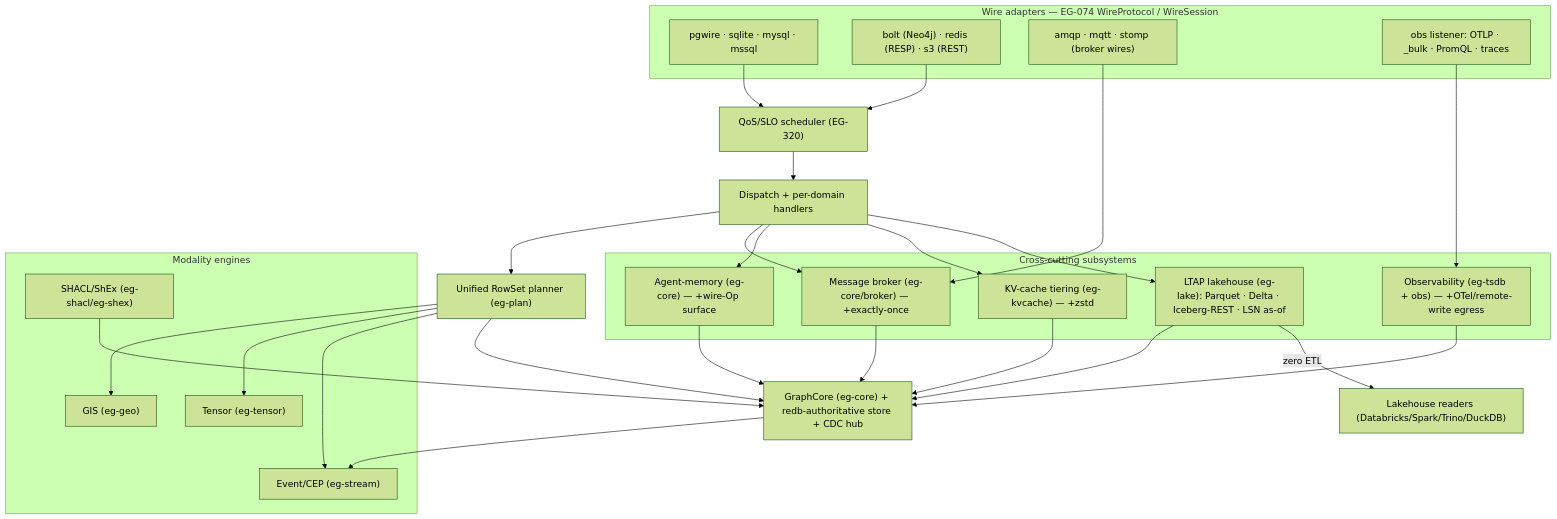
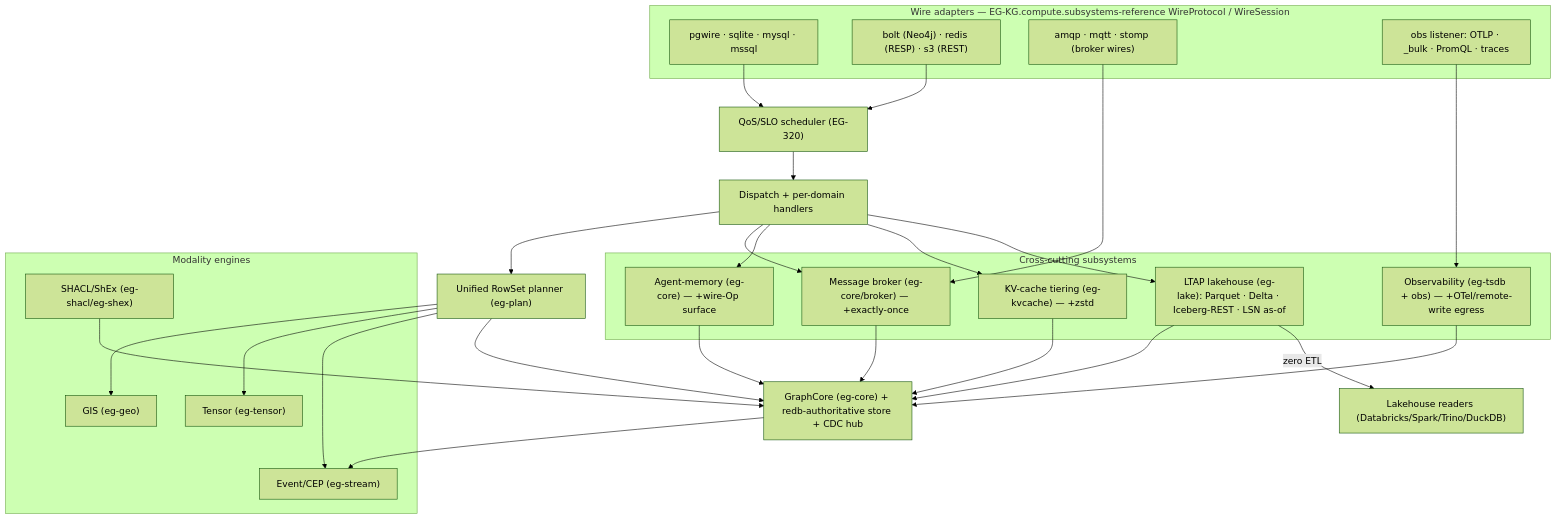
The diagram in docs/architecture/subsystems.md (Knuckles-Team/epistemic-graph), drawn with Mermaid (forest theme) before and after one commit. The commit also changed other lines of this file and 469 other files, not shown here.

````diff
--- a/docs/architecture/subsystems.md
+++ b/docs/architecture/subsystems.md
@@ -10,42 +10,42 @@
 ```mermaid
 flowchart TB
-    subgraph Adapters["Wire adapters — EG-074 WireProtocol / WireSession"]
+    subgraph Adapters["Wire adapters — EG-KG.compute.subsystems-reference WireProtocol / WireSession"]
         A1["pgwire · sqlite · mysql · mssql"]
         A2["bolt (Neo4j) · redis (RESP) · s3 (REST)"]
         A3["amqp · mqtt · stomp (broker wires)"]
         A4["obs listener: OTLP · _bulk · PromQL · traces"]
     end
     QOS["QoS/SLO scheduler (EG-320)"]
     DISP["Dispatch + per-domain handlers"]
     PLAN["Unified RowSet planner (eg-plan)"]
     subgraph Subsystems["Cross-cutting subsystems"]
         BROKER["Message broker (eg-core/broker) — +exactly-once"]
         OBS["Observability (eg-tsdb + obs) — +OTel/remote-write egress"]
         MEM["Agent-memory (eg-core) — +wire-Op surface"]
         KVC["KV-cache tiering (eg-kvcache) — +zstd"]
         LAKE["LTAP lakehouse (eg-lake): Parquet · Delta · Iceberg-REST · LSN as-of"]
     end
     subgraph Modality["Modality engines"]
         GEO["GIS (eg-geo)"]
         TENSOR["Tensor (eg-tensor)"]
         STREAM["Event/CEP (eg-stream)"]
         SHACL["SHACL/ShEx (eg-shacl/eg-shex)"]
     end
     CORE["GraphCore (eg-core) + redb-authoritative store + CDC hub"]
     LREAD["Lakehouse readers (Databricks/Spark/Trino/DuckDB)"]
 
     A1 & A2 --> QOS --> DISP
     A3 --> BROKER
     A4 --> OBS
     DISP --> PLAN --> CORE
     DISP --> BROKER & MEM & KVC & LAKE
     PLAN --> GEO & TENSOR & STREAM
     OBS --> CORE
     BROKER --> CORE
     MEM --> CORE
     KVC --> CORE
     SHACL --> CORE
     LAKE --> CORE
     LAKE -->|"zero ETL"| LREAD
     CORE --> STREAM
 ```
````
